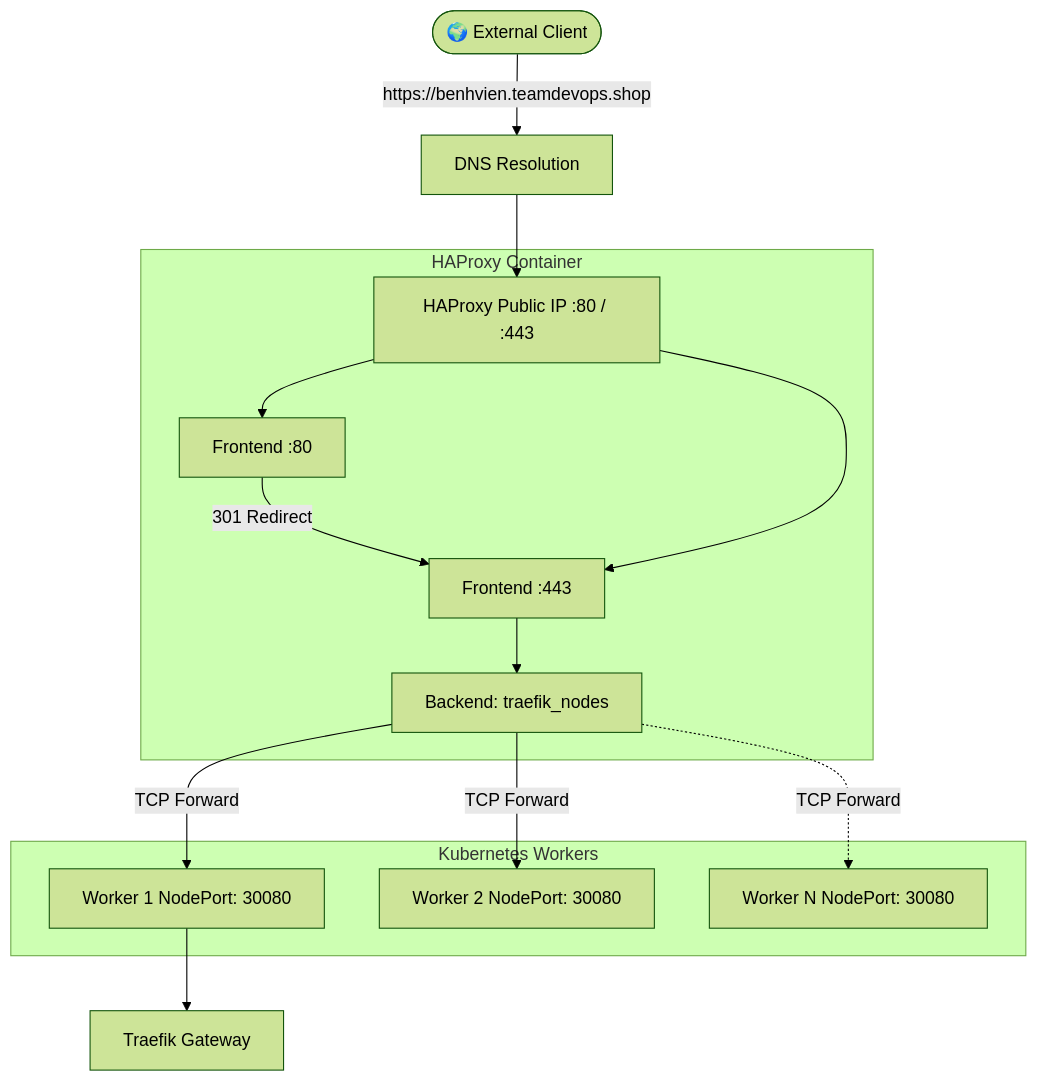
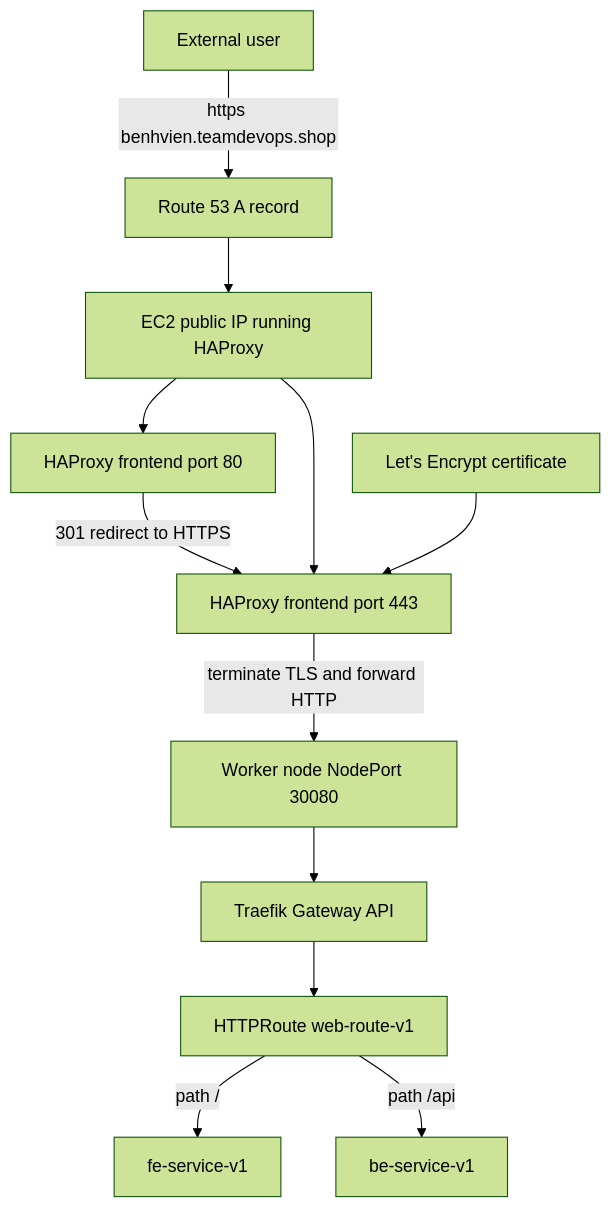
One commit to kien-devops/cicd-ecr-kube-ec2-gitaction changed the diagram in k8s-traefik-lb-demo/alb/README.md. Above: the diagram before and after it, drawn with Mermaid (forest theme). The commit also changed other lines of this file and 5 other files, not shown here.

````diff
--- a/k8s-traefik-lb-demo/alb/README.md
+++ b/k8s-traefik-lb-demo/alb/README.md
@@ -11,22 +11,26 @@
 ```mermaid
 flowchart TD
-    Client([🌍 External Client])
-    
-    Client -->|https://benhvien.teamdevops.shop| DNS[DNS Resolution]
-    DNS --> PublicIP[HAProxy Public IP :80 / :443]
-    
-    subgraph HAProxy Container
-        PublicIP --> Frontend80[Frontend :80]
-        Frontend80 -->|301 Redirect| Frontend443[Frontend :443]
-        PublicIP --> Frontend443
-        Frontend443 --> Backend[Backend: traefik_nodes]
-    end
-    
-    subgraph Kubernetes Workers
-        Backend -->|TCP Forward| Worker1[Worker 1 NodePort: 30080]
-        Backend -->|TCP Forward| Worker2[Worker 2 NodePort: 30080]
-        Backend -.->|TCP Forward| WorkerN[Worker N NodePort: 30080]
-    end
-    
-    Worker1 --> Traefik[Traefik Gateway]
+    User[External user]
+    DNS[Route 53 A record]
+    EC2[EC2 public IP running HAProxy]
+    HTTP80[HAProxy frontend port 80]
+    HTTPS443[HAProxy frontend port 443]
+    Cert[Let's Encrypt certificate]
+    Worker[Worker node NodePort 30080]
+    Traefik[Traefik Gateway API]
+    Route[HTTPRoute web-route-v1]
+    FE[fe-service-v1]
+    BE[be-service-v1]
+
+    User -->|https benhvien.teamdevops.shop| DNS
+    DNS --> EC2
+    EC2 --> HTTP80
+    HTTP80 -->|301 redirect to HTTPS| HTTPS443
+    EC2 --> HTTPS443
+    Cert --> HTTPS443
+    HTTPS443 -->|terminate TLS and forward HTTP| Worker
+    Worker --> Traefik
+    Traefik --> Route
+    Route -->|path /| FE
+    Route -->|path /api| BE
 ```
````
